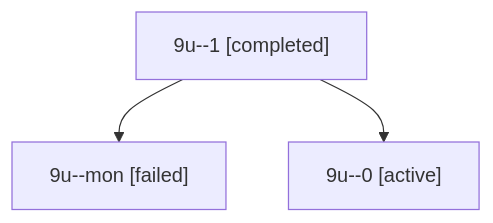
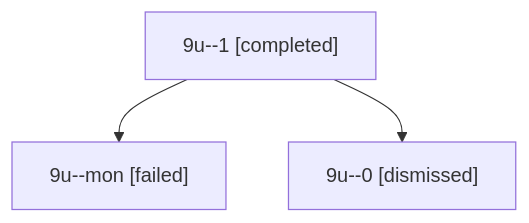
One commit to bobs-org/bob-cli--agents changed the diagram in sessions/bbugyi200.apollo.9u.md. Above: the diagram before and after it, drawn with Mermaid. The commit also changed other lines of this file and 15 other files, not shown here.

````diff
--- a/sessions/bbugyi200.apollo.9u.md
+++ b/sessions/bbugyi200.apollo.9u.md
@@ -9,8 +9,8 @@
 ```mermaid
 flowchart TD
   n0["9u--1 [completed]"]
   n1["9u--mon [failed]"]
   n0 --> n1
-  n2["9u--0 [active]"]
+  n2["9u--0 [dismissed]"]
   n0 --> n2
 ```
````
